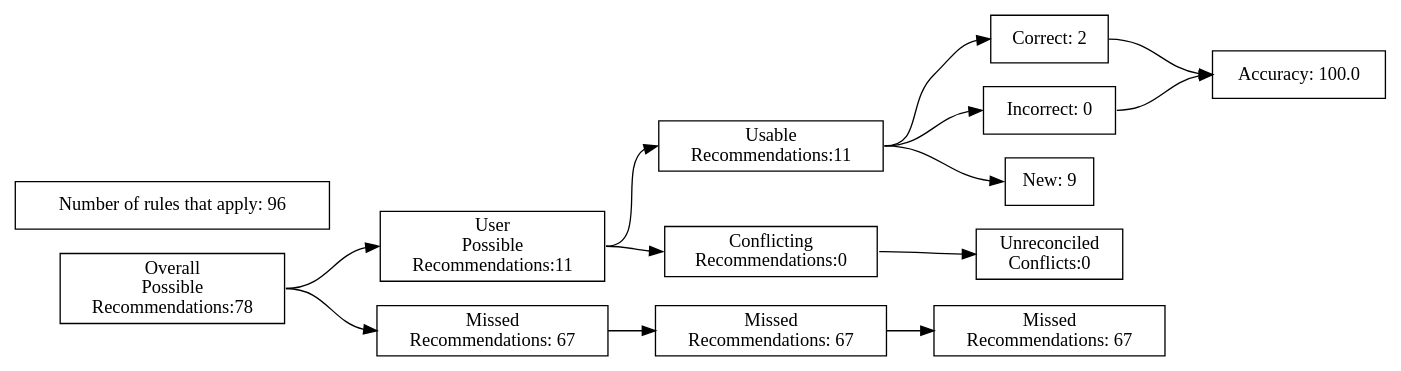
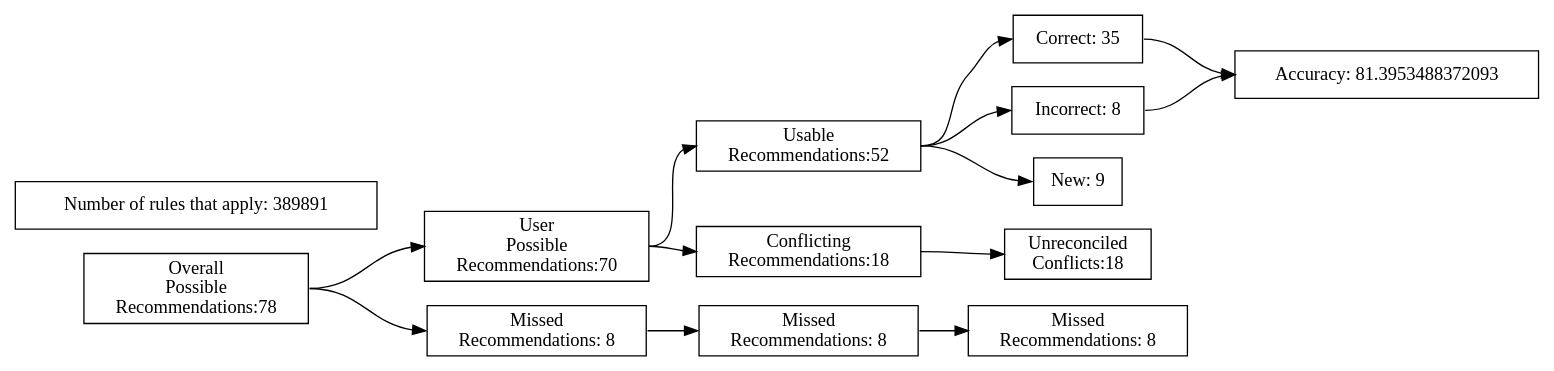
One commit to ZaxR/ibd_diet_analysis changed the diagram in test_renders/30.gv. Above: the diagram before and after it, drawn with Graphviz. The commit also changed 226 other files, not shown here.

Commit message:
Add model rule chart; fix typos

```diff
--- a/test_renders/30.gv
+++ b/test_renders/30.gv
@@ -1,40 +1,40 @@
 digraph {
 	graph [rankdir=LR]
 	node [pos=r shape=box]
 	edge [headport=w tailport=e]
 		A [label="Overall
 Possible
 Recommendations:78"]
 		B [label="User
 Possible
-Recommendations:11"]
+Recommendations:70"]
 		C [label="Missed
-Recommendations: 67"]
+Recommendations: 8"]
 		D [label="Usable
-Recommendations:11"]
+Recommendations:52"]
 		E [label="Conflicting
-Recommendations:0"]
+Recommendations:18"]
 		J [label="Missed
-Recommendations: 67"]
+Recommendations: 8"]
 		M [label="Unreconciled
-Conflicts:0"]
-		F [label="Correct: 2"]
-		G [label="Incorrect: 0"]
+Conflicts:18"]
+		F [label="Correct: 35"]
+		G [label="Incorrect: 8"]
 		H [label="New: 9"]
 		K [label="Missed
-Recommendations: 67"]
-		I [label="Accuracy: 100.0"]
-		l [label="Number of rules that apply: 96"]
+Recommendations: 8"]
+		I [label="Accuracy: 81.3953488372093"]
+		l [label="Number of rules that apply: 389891"]
 			A -> B
 			A -> C
 			B -> D
 			B -> E
 			D -> F
 			D -> G
 			D -> H
 			F -> I
 			G -> I
 			C -> J
 			J -> K
 			E -> M
 }
```
